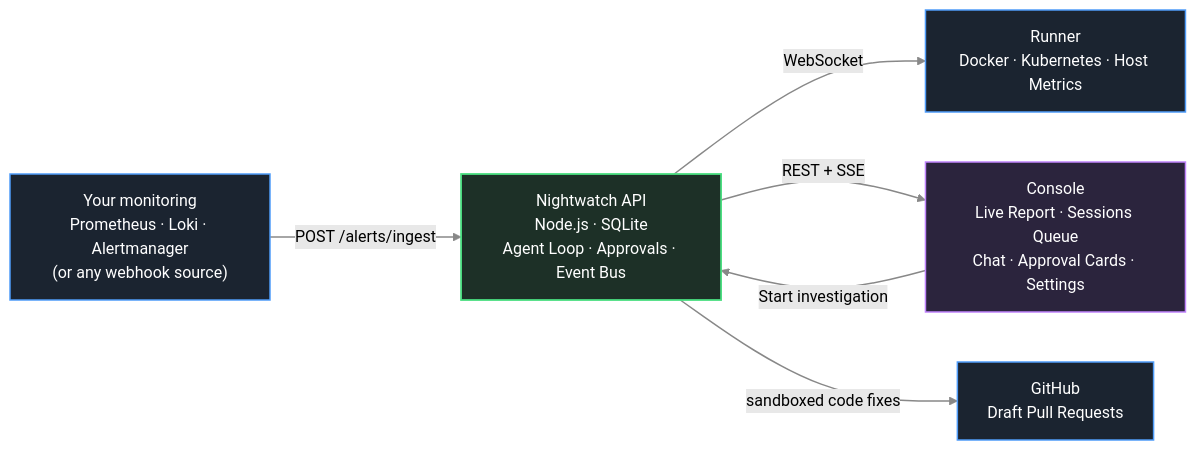
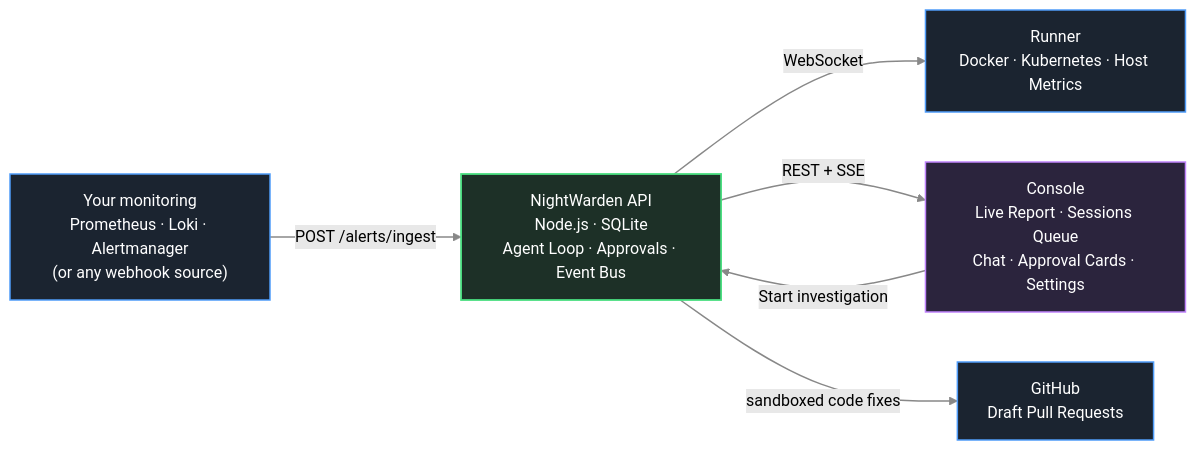
Before and after one commit to PrabhatMattoo/NightWarden: the diagram in README.md, drawn with Mermaid (forest theme). The commit also changed other lines of this file and 163 other files, not shown here.

First line of the commit message:
chore: rename project from Nightwatch to NightWarden

````diff
--- a/README.md
+++ b/README.md
@@ -19,32 +19,32 @@
 ```mermaid
 flowchart LR
 
 %% Infrastructure
 monitoring["Your monitoring<br/>Prometheus · Loki · Alertmanager<br/>(or any webhook source)"]
 runner["Runner<br/>Docker · Kubernetes · Host Metrics"]
 
 %% Brain
-api["Nightwatch API<br/>Node.js · SQLite<br/>Agent Loop · Approvals · Event Bus"]
+api["NightWarden API<br/>Node.js · SQLite<br/>Agent Loop · Approvals · Event Bus"]
 
 %% UI
 console["Console<br/>Live Report · Sessions Queue<br/>Chat · Approval Cards · Settings"]
 
 %% Code
 github["GitHub<br/>Draft Pull Requests"]
 
 monitoring -- POST /alerts/ingest --> api
 console -- Start investigation --> api
 api -- WebSocket --> runner
 api -- REST + SSE --> console
 api -- sandboxed code fixes --> github
 
 classDef infra fill:#1b2430,stroke:#4f9cf9,color:#fff,stroke-width:1.5;
 classDef api fill:#1d3027,stroke:#4ade80,color:#fff,stroke-width:1.8;
 classDef ui fill:#2b243d,stroke:#c084fc,color:#fff,stroke-width:1.5;
 
 class monitoring,runner,github infra;
 class api api;
 class console ui;
 
 linkStyle default stroke:#888,stroke-width:1.5;
 ```
````
